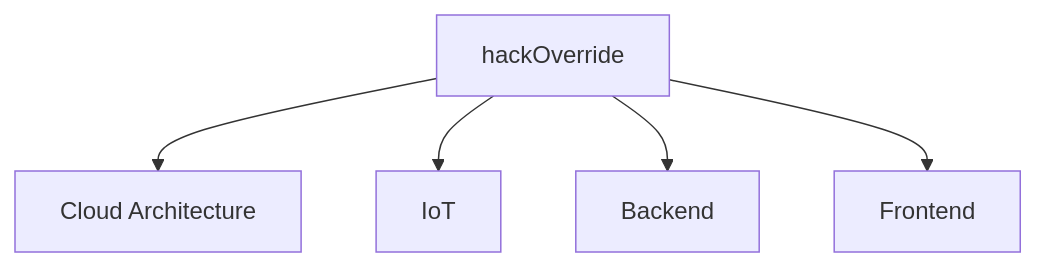
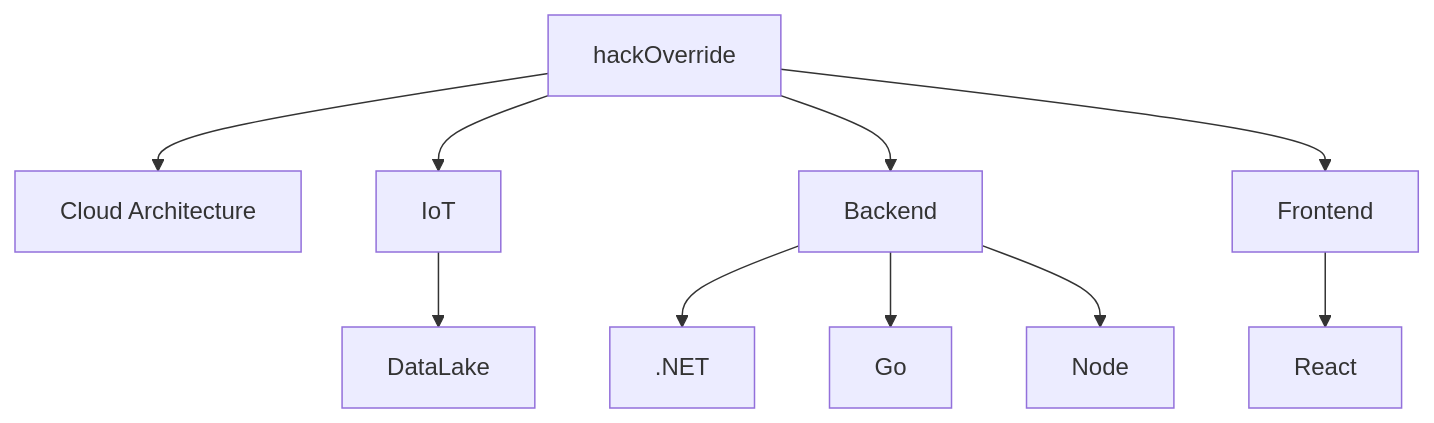
One commit to hackoverride/hackoverride changed the diagram in README.md. Above: the diagram before and after it, drawn with Mermaid.

````diff
--- a/README.md
+++ b/README.md
@@ -3,7 +3,12 @@
 ```mermaid
   graph TD;
       A[hackOverride]-->B[Cloud Architecture];
       A-->C[IoT];
+      C-->F[DataLake];
       A-->D[Backend];
+      D-->G[.NET];
+      D-->H[Go];
+      D-->I[Node];
       A-->E[Frontend];
+      E-->J[React];
 ```
````
